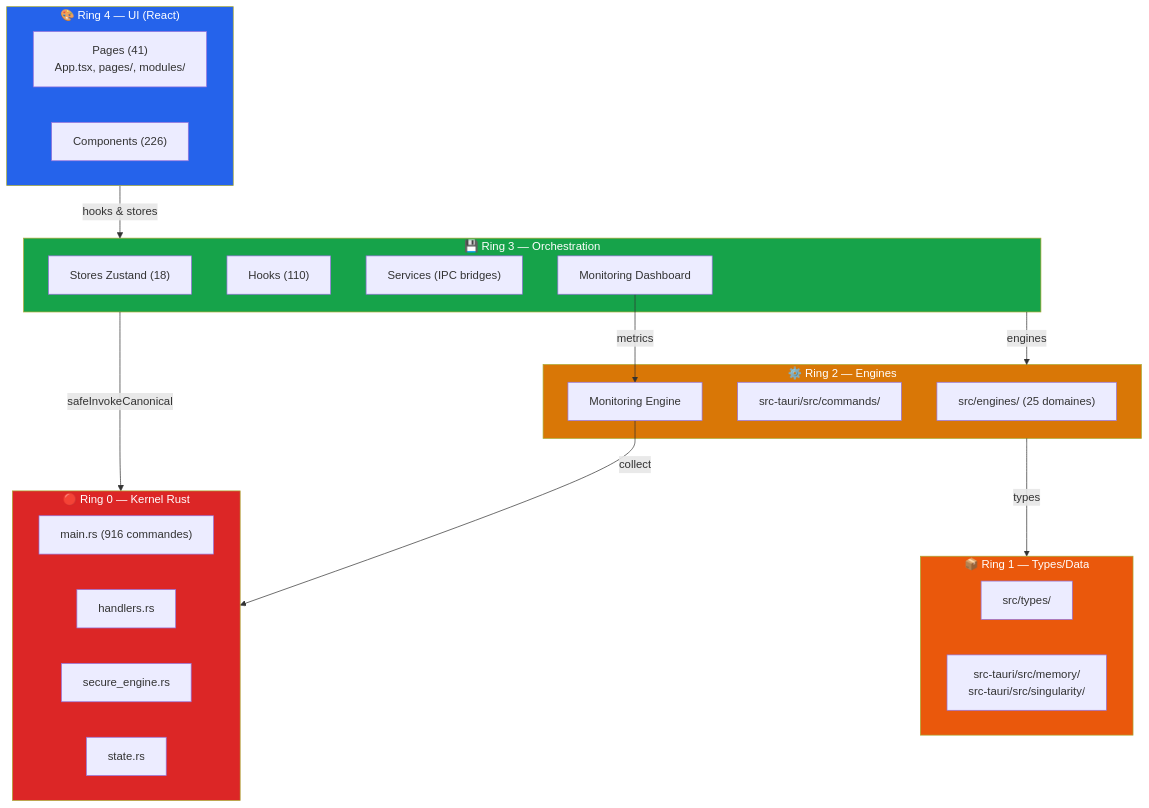
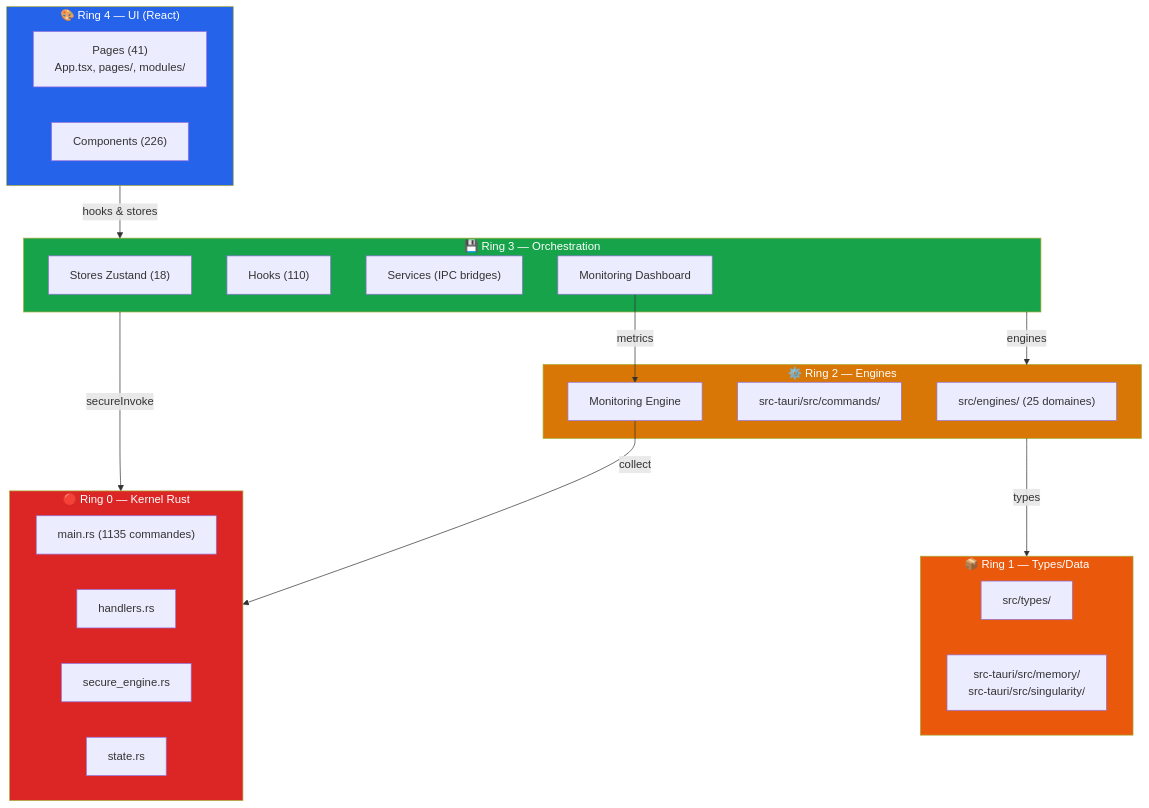
Before and after one commit to KallokTherok1994/TITANE_INFINITY: the diagram in ARCHITECTURE.md, drawn with Mermaid. The commit also changed other lines of this file and 13 other files, not shown here.

````diff
--- a/ARCHITECTURE.md
+++ b/ARCHITECTURE.md
@@ -88,45 +88,45 @@
 ```mermaid
 flowchart TB
     subgraph Ring4 ["🎨 Ring 4 — UI (React)"]
         Pages["Pages (41)\nApp.tsx, pages/, modules/"]
         Comps["Components (226)"]
     end
 
     subgraph Ring3 ["💾 Ring 3 — Orchestration"]
         Stores["Stores Zustand (18)"]
         Hooks["Hooks (110)"]
         Services["Services (IPC bridges)"]
         MonitoringUI["Monitoring Dashboard"]
     end
 
     subgraph Ring2 ["⚙️ Ring 2 — Engines"]
         Engines["src/engines/ (25 domaines)"]
         RustCmd["src-tauri/src/commands/"]
         MonitoringEngine["Monitoring Engine"]
     end
 
     subgraph Ring1 ["📦 Ring 1 — Types/Data"]
         Types["src/types/"]
         RustData["src-tauri/src/memory/\nsrc-tauri/src/singularity/"]
     end
 
     subgraph Ring0 ["🔴 Ring 0 — Kernel Rust"]
-        MainRs["main.rs (916 commandes)"]
+        MainRs["main.rs (1135 commandes)"]
         Handlers["handlers.rs"]
         SecEng["secure_engine.rs"]
         State["state.rs"]
     end
 
     Ring4 -->|hooks & stores| Ring3
-    Ring3 -->|safeInvokeCanonical| Ring0
+    Ring3 -->|secureInvoke| Ring0
     Ring2 -->|types| Ring1
     Ring3 -->|engines| Ring2
     MonitoringUI -->|metrics| MonitoringEngine
     MonitoringEngine -->|collect| Ring0
 
     style Ring0 fill:#dc2626,color:#fff
     style Ring1 fill:#ea580c,color:#fff
     style Ring2 fill:#d97706,color:#fff
     style Ring3 fill:#16a34a,color:#fff
     style Ring4 fill:#2563eb,color:#fff
 ```
````
